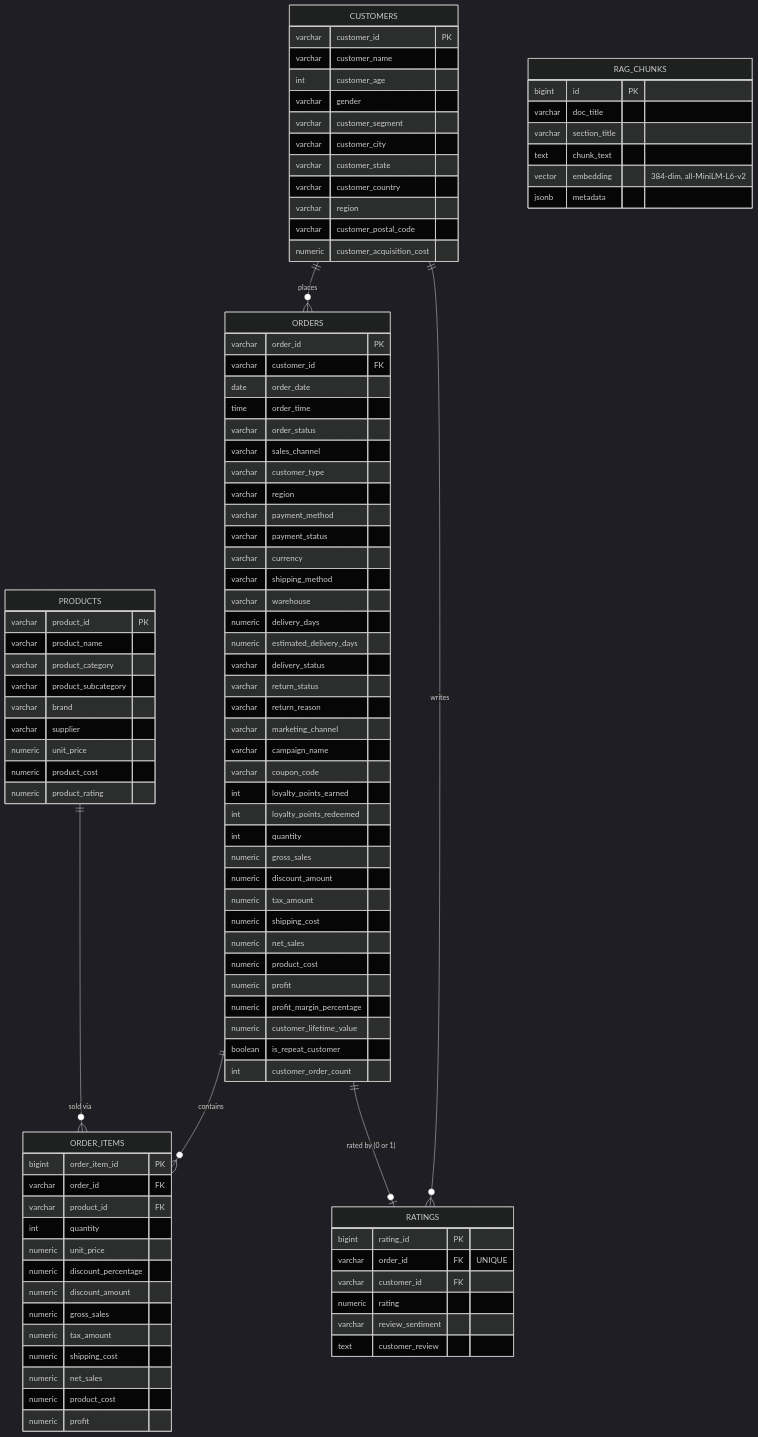
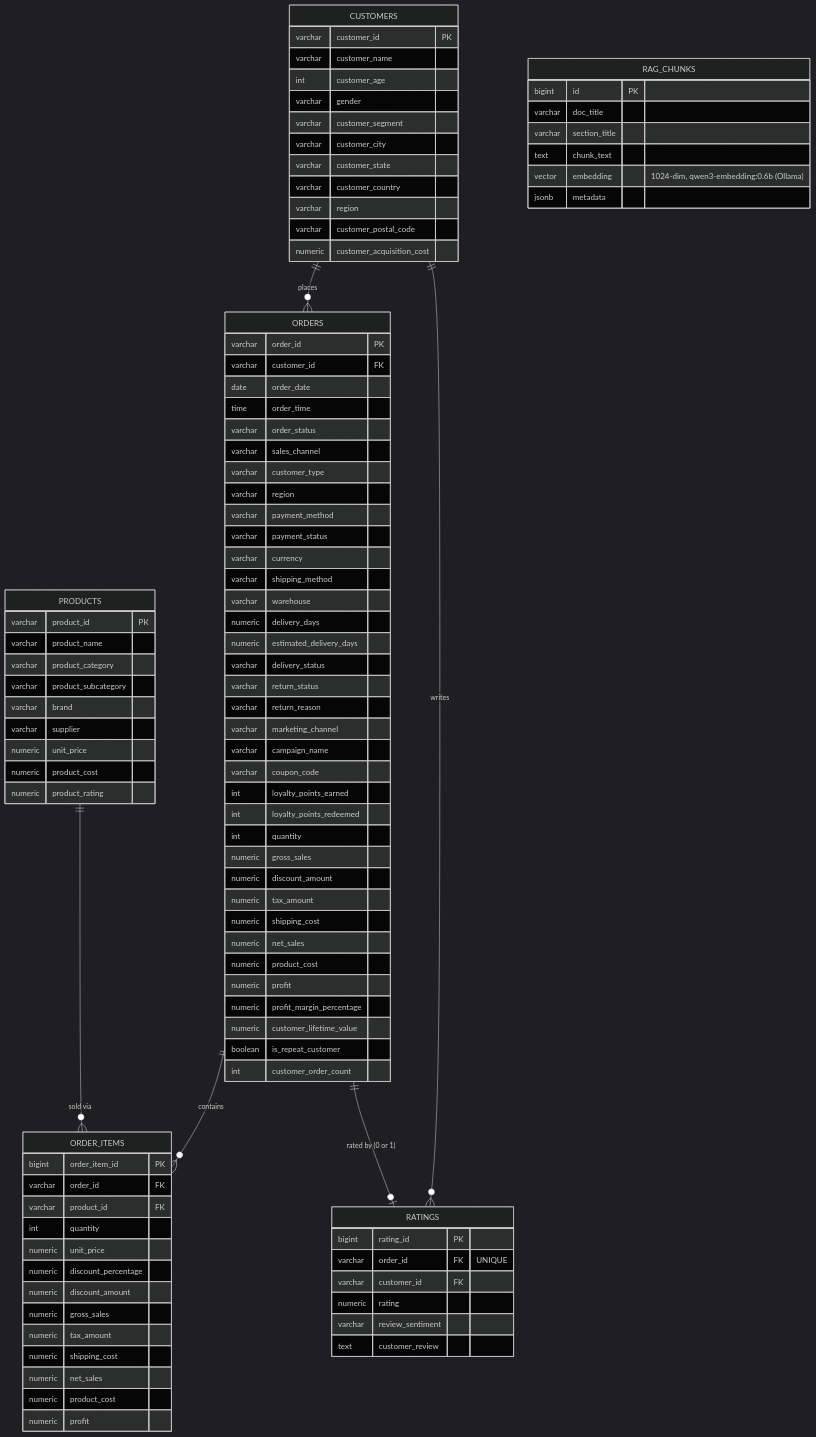
Before and after one commit to ManojDevarajulu/ecommerce-sales-intelligence: the diagram in docs/ER_DIAGRAM.md, drawn with Mermaid (dark theme). The commit also changed 7 other files, not shown here.

First line of the commit message:
Add architecture diagram, pytest configuration, and documentation

````diff
--- a/docs/ER_DIAGRAM.md
+++ b/docs/ER_DIAGRAM.md
@@ -106,7 +106,7 @@
         varchar doc_title
         varchar section_title
         text chunk_text
-        vector embedding "384-dim, all-MiniLM-L6-v2"
+        vector embedding "1024-dim, qwen3-embedding:0.6b (Ollama)"
         jsonb metadata
     }
 ```
````
